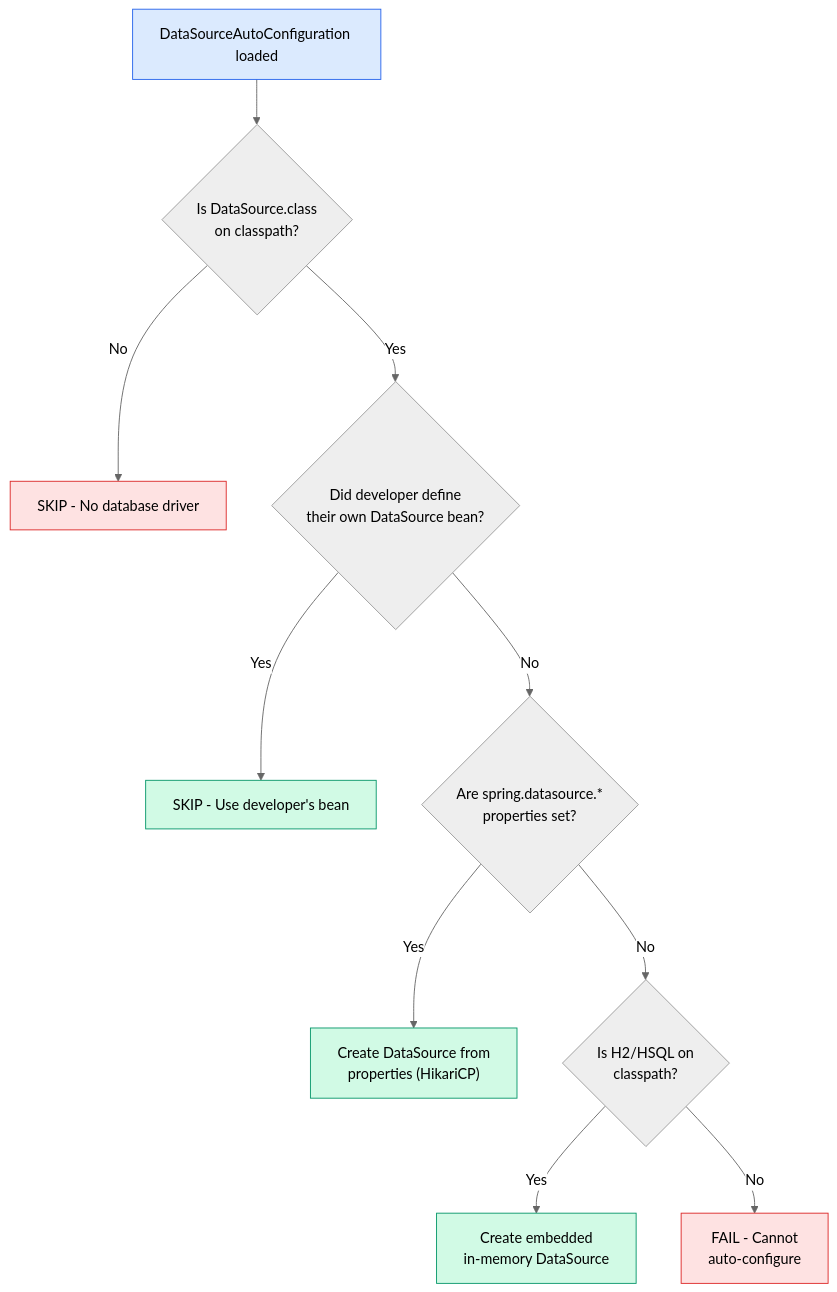
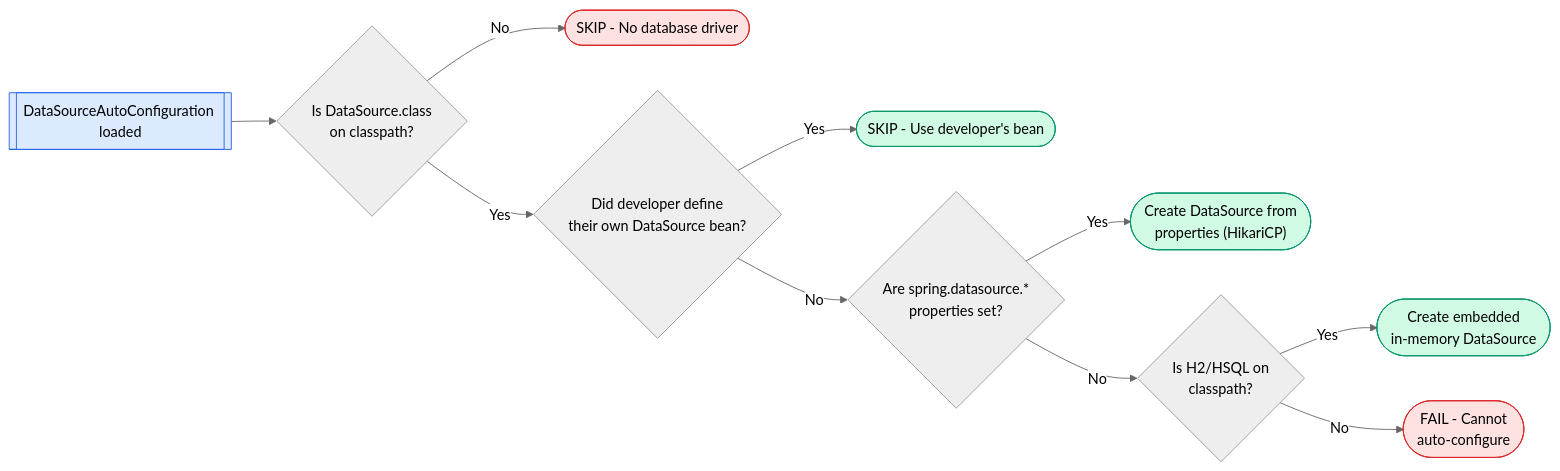
One commit to saivamsikaruturi/vamsilabs-dev-notes-main changed the third of 3 diagrams in docs/springboot/AutoConfiguration.md. Above: the diagram before and after it, drawn with Mermaid (neutral theme). The commit also changed other lines of this file and 146 other files, not shown here.

Commit message:
Horizontal diagrams, UML class diagrams, typography overhaul, and permalink cleanup

````diff
--- a/docs/springboot/AutoConfiguration.md
+++ b/docs/springboot/AutoConfiguration.md
@@ -85,19 +117,19 @@
 ```mermaid
-flowchart TD
-    A["DataSourceAutoConfiguration loaded"] --> B{"Is DataSource.class<br/>on classpath?"}
-    B -->|No| C["SKIP - No database driver"]
+flowchart LR
+    A[["DataSourceAutoConfiguration loaded"]] --> B{"Is DataSource.class<br/>on classpath?"}
+    B -->|No| C(["SKIP - No database driver"])
     B -->|Yes| D{"Did developer define<br/>their own DataSource bean?"}
-    D -->|Yes| E["SKIP - Use developer's bean"]
+    D -->|Yes| E(["SKIP - Use developer's bean"])
     D -->|No| F{"Are spring.datasource.*<br/>properties set?"}
-    F -->|Yes| G["Create DataSource from<br/>properties (HikariCP)"]
+    F -->|Yes| G(["Create DataSource from<br/>properties (HikariCP)"])
     F -->|No| H{"Is H2/HSQL on<br/>classpath?"}
-    H -->|Yes| I["Create embedded<br/>in-memory DataSource"]
-    H -->|No| J["FAIL - Cannot<br/>auto-configure"]
+    H -->|Yes| I(["Create embedded<br/>in-memory DataSource"])
+    H -->|No| J(["FAIL - Cannot<br/>auto-configure"])
 
     style A fill:#DBEAFE,stroke:#2563EB
     style E fill:#D1FAE5,stroke:#059669
     style G fill:#D1FAE5,stroke:#059669
     style I fill:#D1FAE5,stroke:#059669
     style C fill:#FEE2E2,stroke:#DC2626
     style J fill:#FEE2E2,stroke:#DC2626
 ```
````
